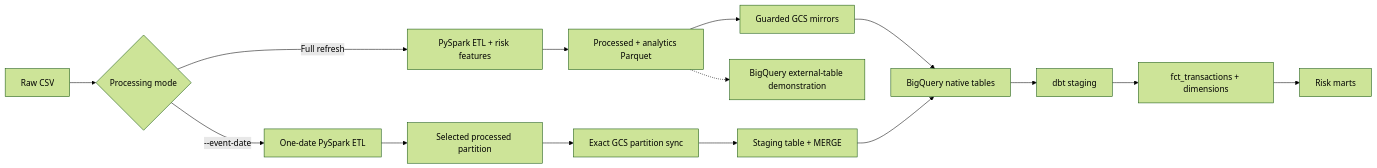
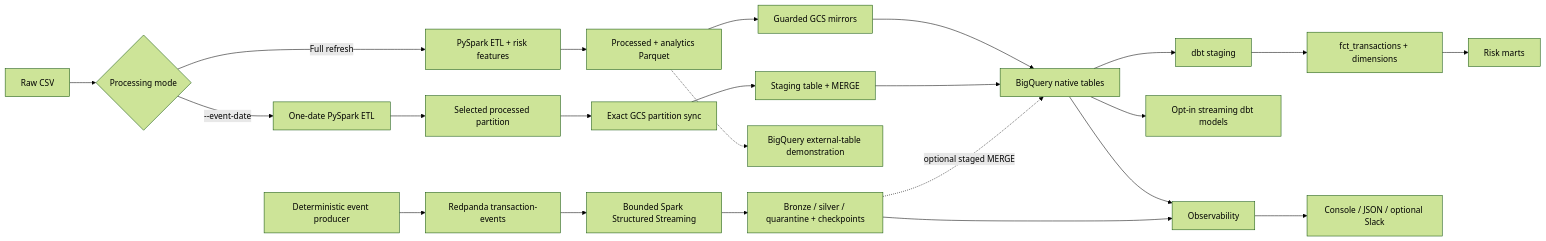
One commit to Harsh06001/financial-risk-data-platform changed the diagram in README.md. Above: the diagram before and after it, drawn with Mermaid (forest theme). The commit also changed other lines of this file and 66 other files, not shown here.

Commit message:
feat: add streaming observability docker and ci workflows

````diff
--- a/README.md
+++ b/README.md
@@ -7,17 +7,25 @@
 ```mermaid
 flowchart LR
     A[Raw CSV] --> B{Processing mode}
     B -->|Full refresh| C[PySpark ETL + risk features]
     B -->|--event-date| D[One-date PySpark ETL]
     C --> E[Processed + analytics Parquet]
     D --> F[Selected processed partition]
     E --> G[Guarded GCS mirrors]
     F --> H[Exact GCS partition sync]
     G --> I[BigQuery native tables]
     H --> J[Staging table + MERGE]
     J --> I
     I --> K[dbt staging]
     K --> L[fct_transactions + dimensions]
     L --> M[Risk marts]
     E -.-> N[BigQuery external-table demonstration]
+    O[Deterministic event producer] --> P[Redpanda transaction-events]
+    P --> Q[Bounded Spark Structured Streaming]
+    Q --> R[Bronze / silver / quarantine + checkpoints]
+    R -. optional staged MERGE .-> I
+    I --> S[Opt-in streaming dbt models]
+    I --> T[Observability]
+    R --> T
+    T --> U[Console / JSON / optional Slack]
 ```
````
